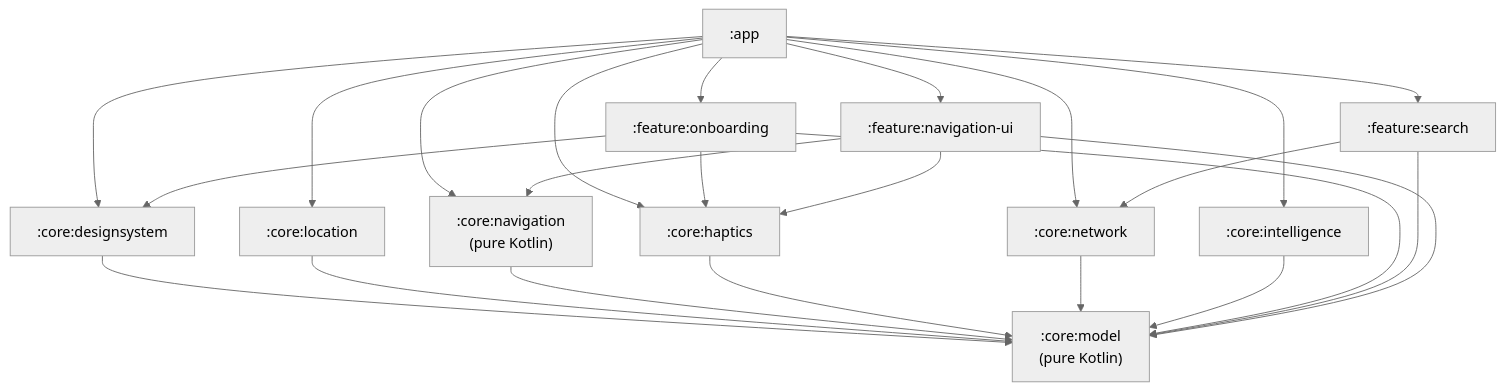
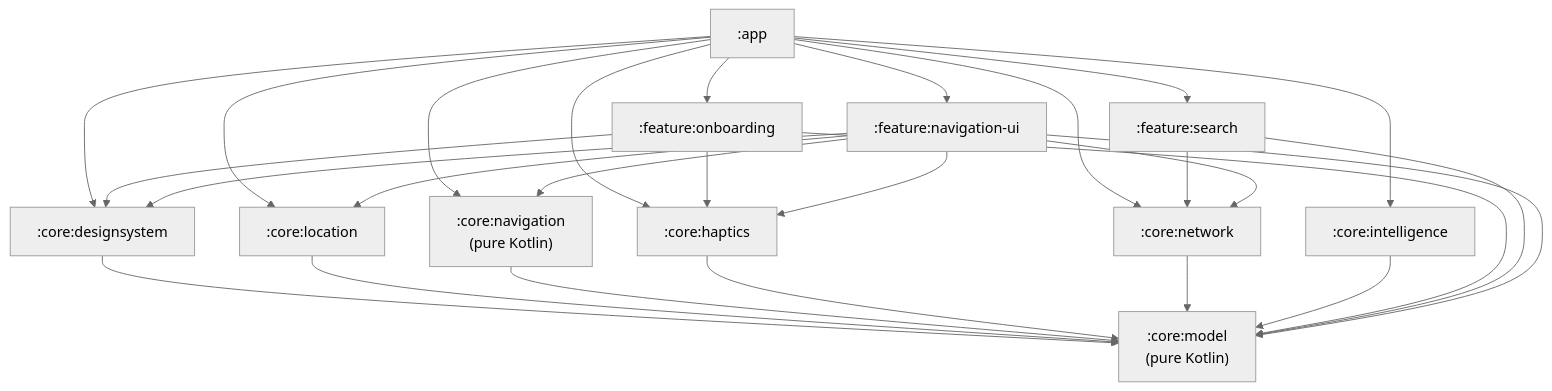
One commit to Xander-JS/haptiMap_watch changed the first of 5 diagrams in ARCHITECTURE.md. Above: the diagram before and after it, drawn with Mermaid (neutral theme). The commit also changed other lines of this file and 3 other files, not shown here.

````diff
--- a/ARCHITECTURE.md
+++ b/ARCHITECTURE.md
@@ -22,23 +22,23 @@
 ```mermaid
 graph TD
     app[":app"]
     onboarding[":feature:onboarding"]
     search[":feature:search"]
     navui[":feature:navigation-ui"]
     ds[":core:designsystem"]
     location[":core:location"]
     navigation[":core:navigation<br/>(pure Kotlin)"]
     haptics[":core:haptics"]
     network[":core:network"]
     intelligence[":core:intelligence"]
     model[":core:model<br/>(pure Kotlin)"]
 
     app --> onboarding & search & navui & ds
     app --> location & navigation & haptics & network & intelligence
     onboarding --> ds & haptics
     search --> network
-    navui --> navigation & haptics
+    navui --> navigation & haptics & network & location & ds
     ds --> model
     location & navigation & haptics & network & intelligence --> model
     onboarding & search & navui --> model
 ```
````
